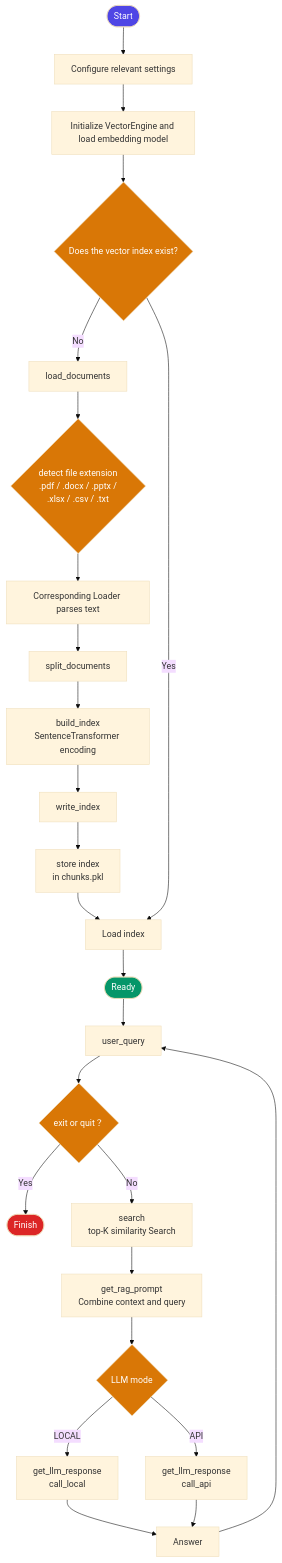
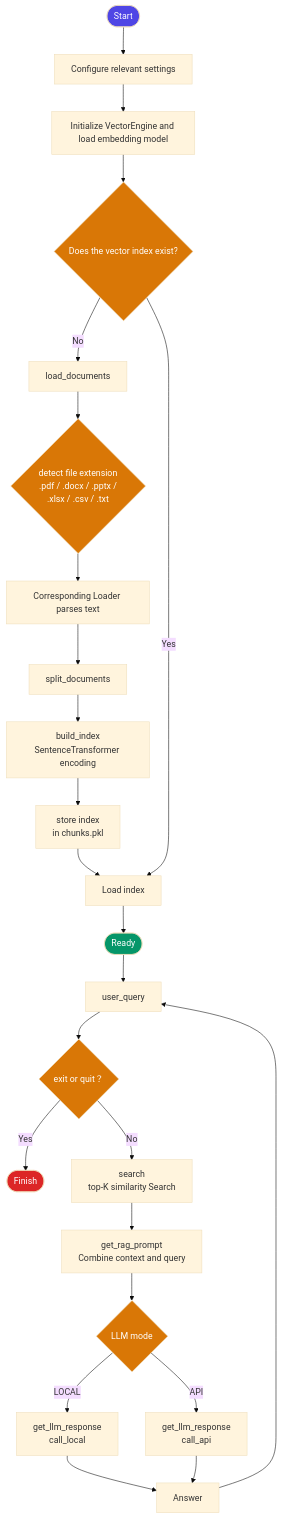
Before and after one commit to Tseng1114/RAG-Tutorial: the second of 2 diagrams in README.md, drawn with Mermaid (base theme).

Commit message:
adjust flowchart

````diff
--- a/README.md
+++ b/README.md
@@ -107,39 +107,39 @@
 ```mermaid
 flowchart TD
     A([Start]) --> B[Configure relevant settings]
     B --> C[Initialize VectorEngine and load embedding model]
     C --> D{Does the vector index exist?}
 
     D -- No --> E[load_documents]
     E --> F{detect file extension<br/>.pdf / .docx / .pptx / <br/> .xlsx / .csv / .txt}
     F --> G[Corresponding Loader parses text]
     G --> H[split_documents]
     H --> I[build_index<br/>SentenceTransformer encoding]
-    I --> J[write_index]
-    J --> K[store index <br/>in chunks.pkl]
+ 
+    I --> K[store index <br/>in chunks.pkl]
     K --> L
 
     D -- Yes --> L[Load index]
 
     L --> M([Ready])
 
     M --> N[user_query]
     N --> O{exit or quit？}
     O -- Yes --> P([Finish])
     O --No --> Q[search</br>top-K similarity Search]
     Q --> R[get_rag_prompt</br> Combine context and query]
     R --> S{LLM mode}
     S -- LOCAL --> T[get_llm_response<br/>call_local]
     S -- API --> U[get_llm_response<br/>call_api]
     T --> V[Answer]
     U --> V
     V --> N
 
     style A fill:#4F46E5,color:#fff
     style M fill:#059669,color:#fff
     style P fill:#DC2626,color:#fff
     style D fill:#D97706,color:#fff
     style F fill:#D97706,color:#fff
     style O fill:#D97706,color:#fff
     style S fill:#D97706,color:#fff
 ```
````
